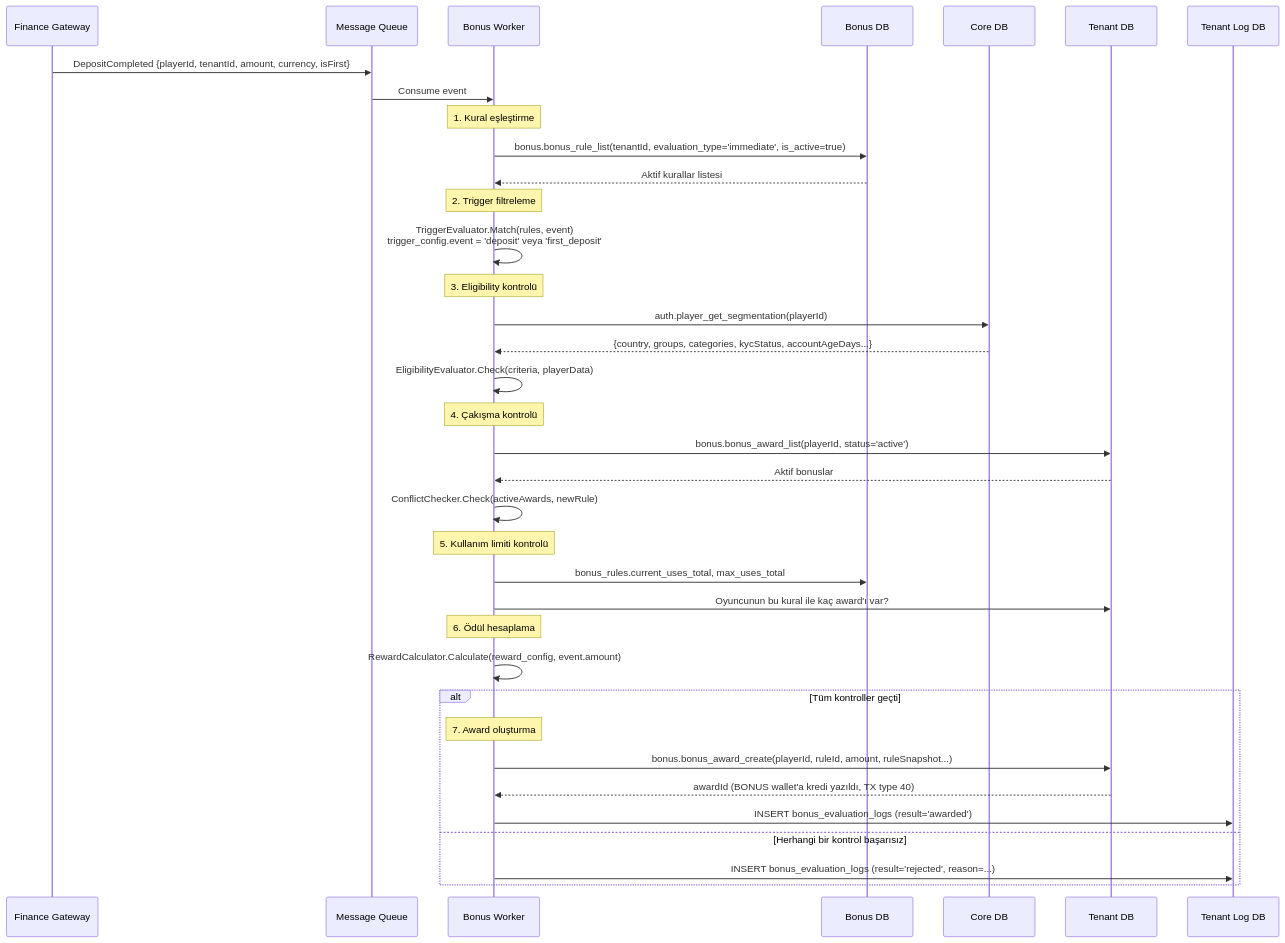
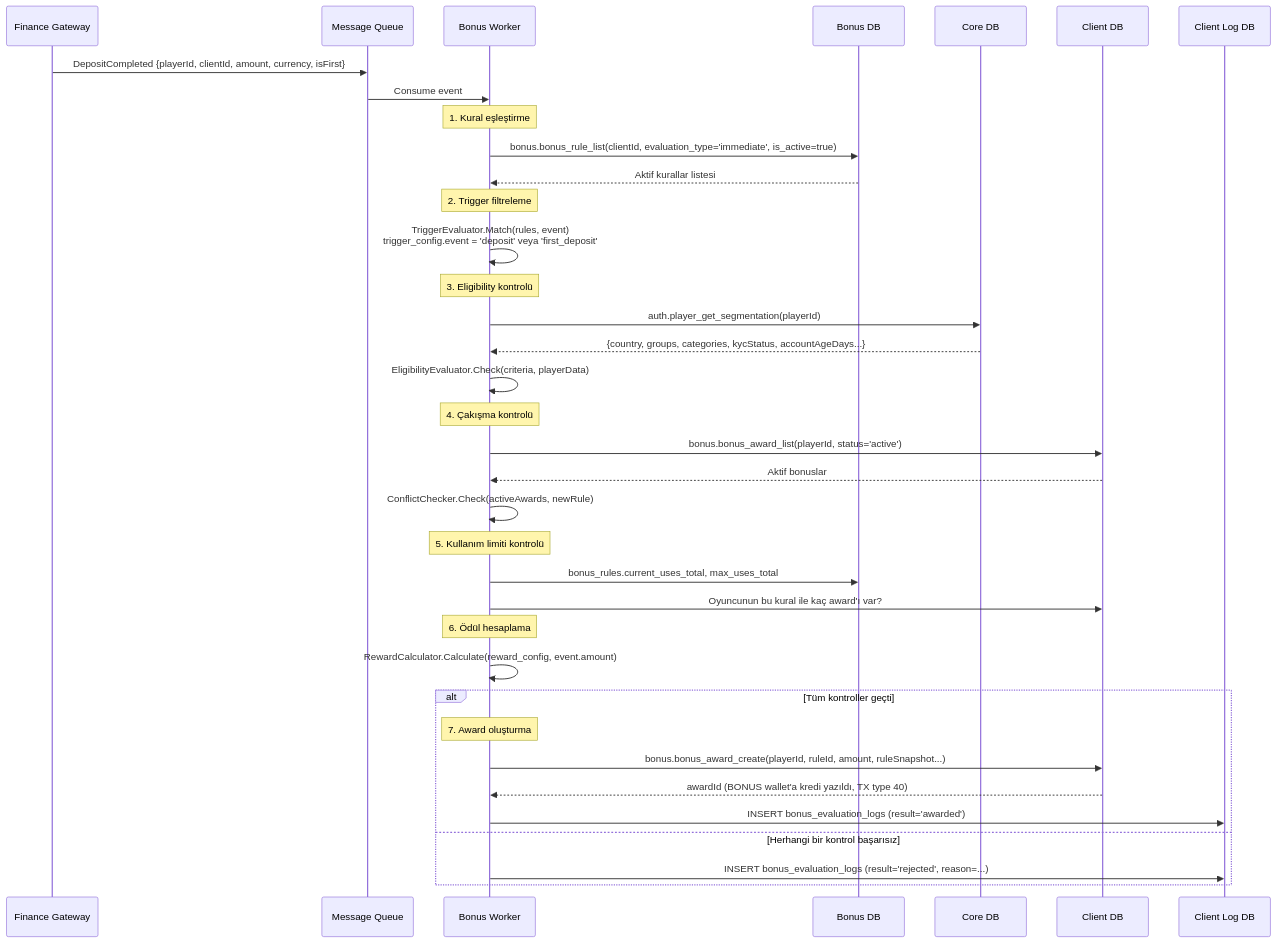
One commit to frhtshn/One.DB changed the second of 5 diagrams in .docs/guides/BONUS_WORKER_BACKEND.md. Above: the diagram before and after it, drawn with Mermaid. The commit also changed other lines of this file and 442 other files, not shown here.

First line of the commit message:
Nucleo → Sortis One ve tenant → client içerik güncellemeleri

````diff
--- a/.docs/guides/BONUS_WORKER_BACKEND.md
+++ b/.docs/guides/BONUS_WORKER_BACKEND.md
@@ -126,46 +126,46 @@
 ```mermaid
 sequenceDiagram
     participant FG as Finance Gateway
     participant MQ as Message Queue
     participant BW as Bonus Worker
     participant BDB as Bonus DB
     participant CDB as Core DB
-    participant TDB as Tenant DB
-    participant TLDB as Tenant Log DB
+    participant TDB as Client DB
+    participant TLDB as Client Log DB
 
-    FG->>MQ: DepositCompleted {playerId, tenantId, amount, currency, isFirst}
+    FG->>MQ: DepositCompleted {playerId, clientId, amount, currency, isFirst}
     MQ->>BW: Consume event
 
     Note over BW: 1. Kural eşleştirme
-    BW->>BDB: bonus.bonus_rule_list(tenantId, evaluation_type='immediate', is_active=true)
+    BW->>BDB: bonus.bonus_rule_list(clientId, evaluation_type='immediate', is_active=true)
     BDB-->>BW: Aktif kurallar listesi
 
     Note over BW: 2. Trigger filtreleme
     BW->>BW: TriggerEvaluator.Match(rules, event)<br/>trigger_config.event = 'deposit' veya 'first_deposit'
 
     Note over BW: 3. Eligibility kontrolü
     BW->>CDB: auth.player_get_segmentation(playerId)
     CDB-->>BW: {country, groups, categories, kycStatus, accountAgeDays...}
     BW->>BW: EligibilityEvaluator.Check(criteria, playerData)
 
     Note over BW: 4. Çakışma kontrolü
     BW->>TDB: bonus.bonus_award_list(playerId, status='active')
     TDB-->>BW: Aktif bonuslar
     BW->>BW: ConflictChecker.Check(activeAwards, newRule)
 
     Note over BW: 5. Kullanım limiti kontrolü
     BW->>BDB: bonus_rules.current_uses_total, max_uses_total
     BW->>TDB: Oyuncunun bu kural ile kaç award'ı var?
 
     Note over BW: 6. Ödül hesaplama
     BW->>BW: RewardCalculator.Calculate(reward_config, event.amount)
 
     alt Tüm kontroller geçti
         Note over BW: 7. Award oluşturma
         BW->>TDB: bonus.bonus_award_create(playerId, ruleId, amount, ruleSnapshot...)
         TDB-->>BW: awardId (BONUS wallet'a kredi yazıldı, TX type 40)
         BW->>TLDB: INSERT bonus_evaluation_logs (result='awarded')
     else Herhangi bir kontrol başarısız
         BW->>TLDB: INSERT bonus_evaluation_logs (result='rejected', reason=...)
     end
 ```
````
